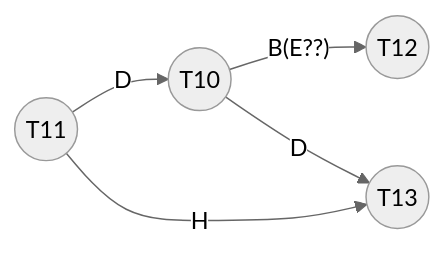
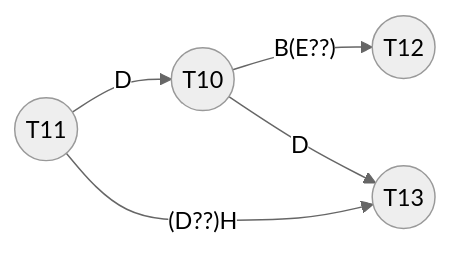
The second of 4 diagrams in DBS/Chap15_ConCtrl_改.md (FUTURETECH6/Notes-Sophomore2), drawn with Mermaid (neutral theme) before and after one commit. The commit also changed other lines of this file and 12 other files, not shown here.

````diff
--- a/DBS/Chap15_ConCtrl_改.md
+++ b/DBS/Chap15_ConCtrl_改.md
@@ -219,13 +219,13 @@
 ```mermaid
 graph LR
 
 0((T10))
 1((T11))
 2((T12))
 3((T13))
 
 0--"B(E??)"-->2
 1--D-->0
 0--D-->3
-1--H-->3
+1--"(D??)H"-->3
 ```
````
